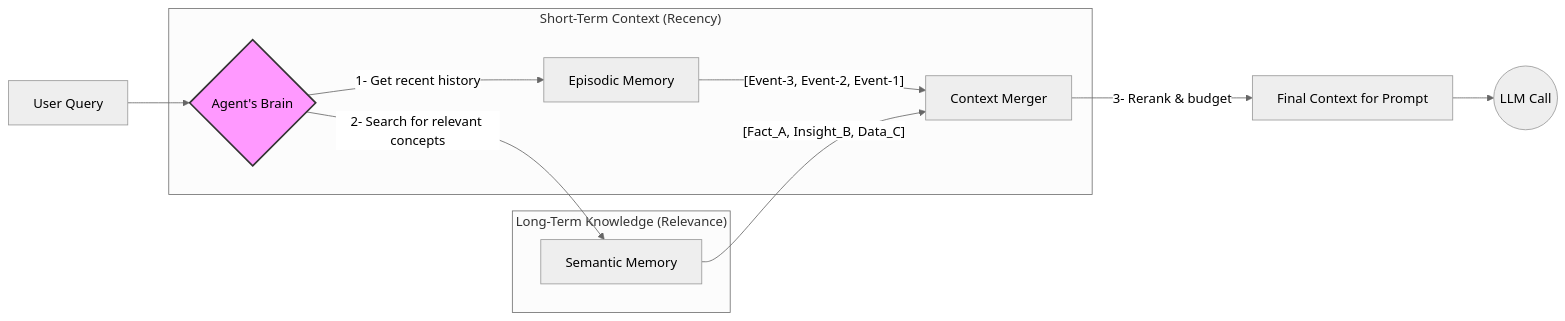
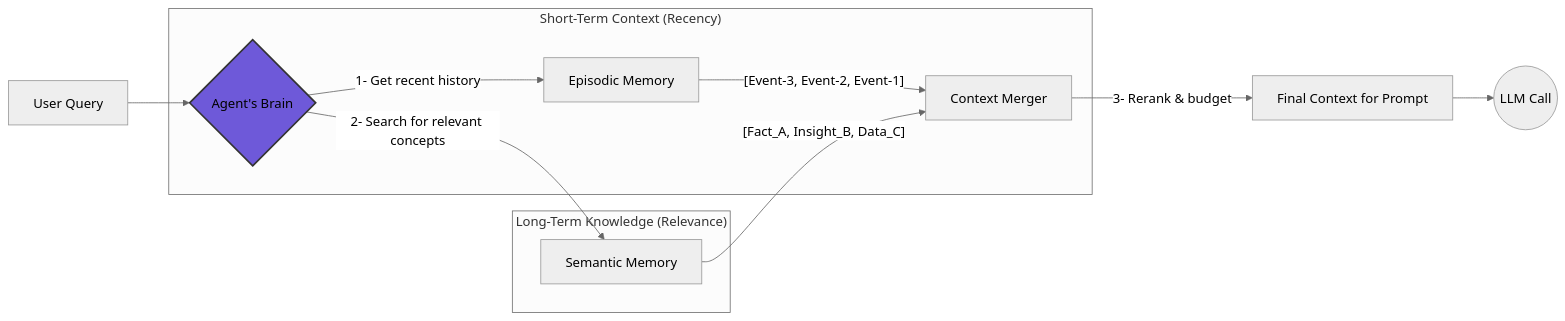
The third of 3 diagrams in publication/docs/blog/posts/091925-memory-in-agents.md (fmquaglia/principia-agentica), drawn with Mermaid (neutral theme) before and after one commit. The commit also changed 1 other file, not shown here.

Commit message:
Update extra.css with new code syntax highlighting styles and adjust AgentDecision node color in memory-in-agents blog post

````diff
--- a/publication/docs/blog/posts/091925-memory-in-agents.md
+++ b/publication/docs/blog/posts/091925-memory-in-agents.md
@@ -140,19 +140,19 @@
 ```mermaid
 %% Hybrid Memory diagram - Best of both worlds
 
 graph LR
     Input[User Query] --> AgentDecision{Agent's Brain};
     subgraph "Short-Term Context (Recency)"
         AgentDecision -- " 1- Get recent history " --> Episodic[Episodic Memory];
         Episodic -- " [Event-3, Event-2, Event-1] " --> Merger[Context Merger];
     end
 
     subgraph "Long-Term Knowledge (Relevance)"
         AgentDecision -- " 2- Search for relevant concepts " --> Semantic[Semantic Memory];
         Semantic -- " [Fact_A, Insight_B, Data_C] " --> Merger;
     end
 
     Merger -- " 3- Rerank & budget " --> FinalContext[Final Context for Prompt];
     FinalContext --> LLM((LLM Call));
-    style AgentDecision fill: #f9f, stroke: #333, stroke-width: 2px
+    style AgentDecision fill: #6e59d9, stroke: #333, stroke-width: 2px
 ```
````
